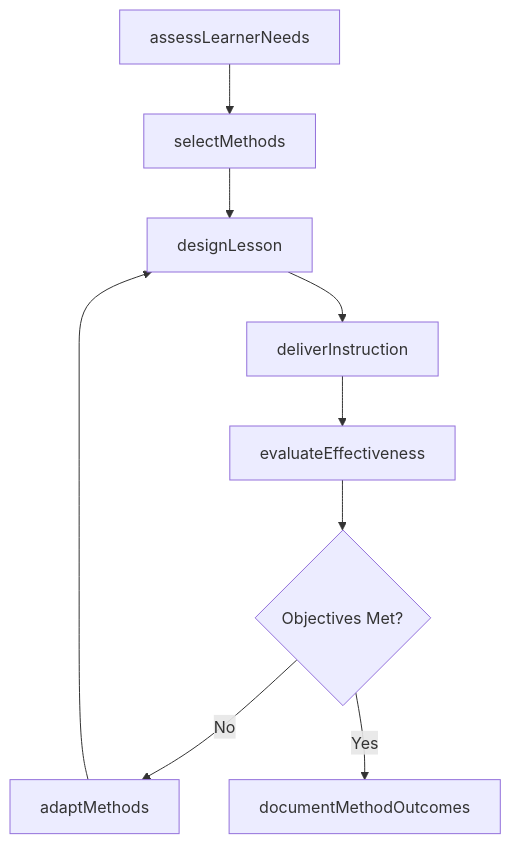
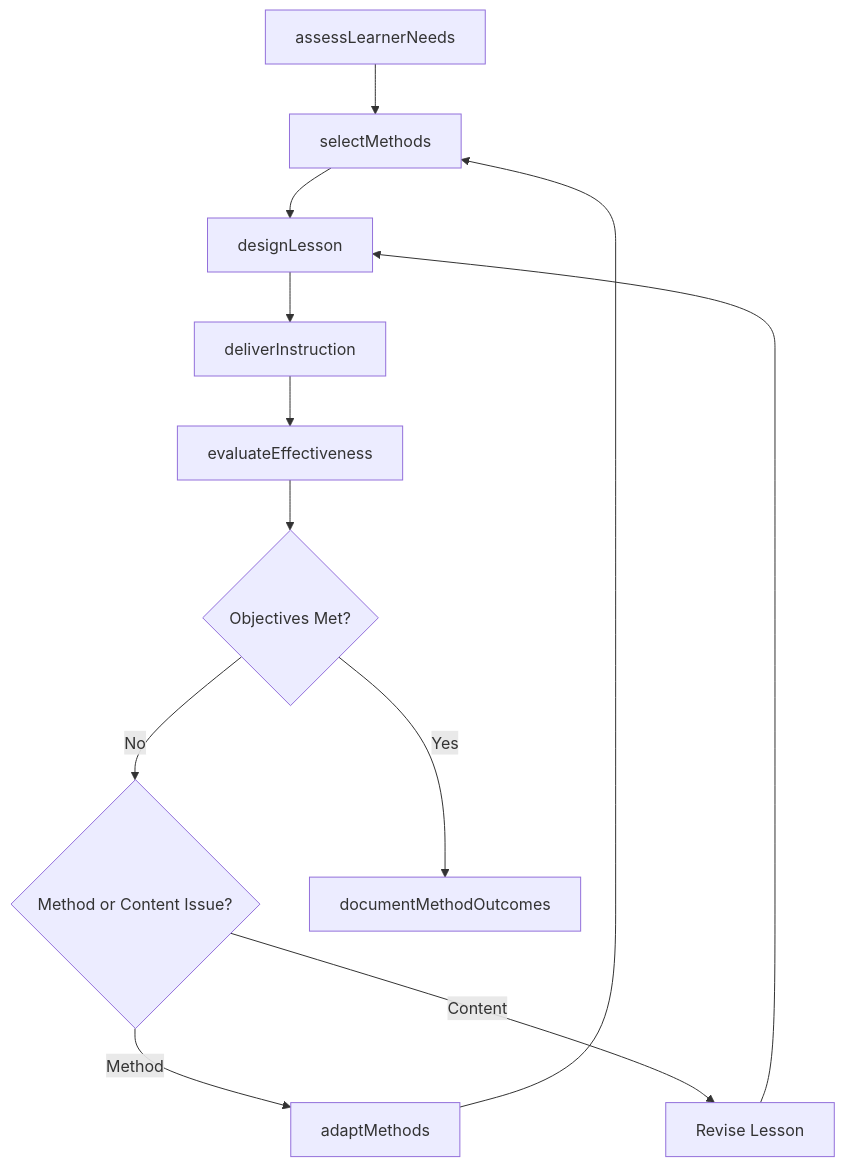
The third of 4 diagrams in TrainingAndTeachingOthers/TeachAcademicOrVocationalSubjects/ApplyMultipleTeachingMethods.mdx (dot-org-ai/tasks.org.ai), drawn with Mermaid before and after one commit. The commit also changed other lines of this file and 71 other files, not shown here.

Commit message:
feat: Add ER diagrams, state diagrams to 72 more DWA task files (wave 2 continued)

````diff
--- a/TrainingAndTeachingOthers/TeachAcademicOrVocationalSubjects/ApplyMultipleTeachingMethods.mdx
+++ b/TrainingAndTeachingOthers/TeachAcademicOrVocationalSubjects/ApplyMultipleTeachingMethods.mdx
@@ -86,11 +113,14 @@
 ```mermaid
 graph TD
     A[assessLearnerNeeds] --> B[selectMethods]
     B --> C[designLesson]
     C --> D[deliverInstruction]
     D --> E[evaluateEffectiveness]
     E --> F{Objectives Met?}
-    F -->|No| G[adaptMethods]
-    G --> C
-    F -->|Yes| H[documentMethodOutcomes]
+    F -->|No| G{Method or Content Issue?}
+    G -->|Method| H[adaptMethods]
+    H --> B
+    G -->|Content| I[Revise Lesson]
+    I --> C
+    F -->|Yes| J[documentMethodOutcomes]
 ```
````
